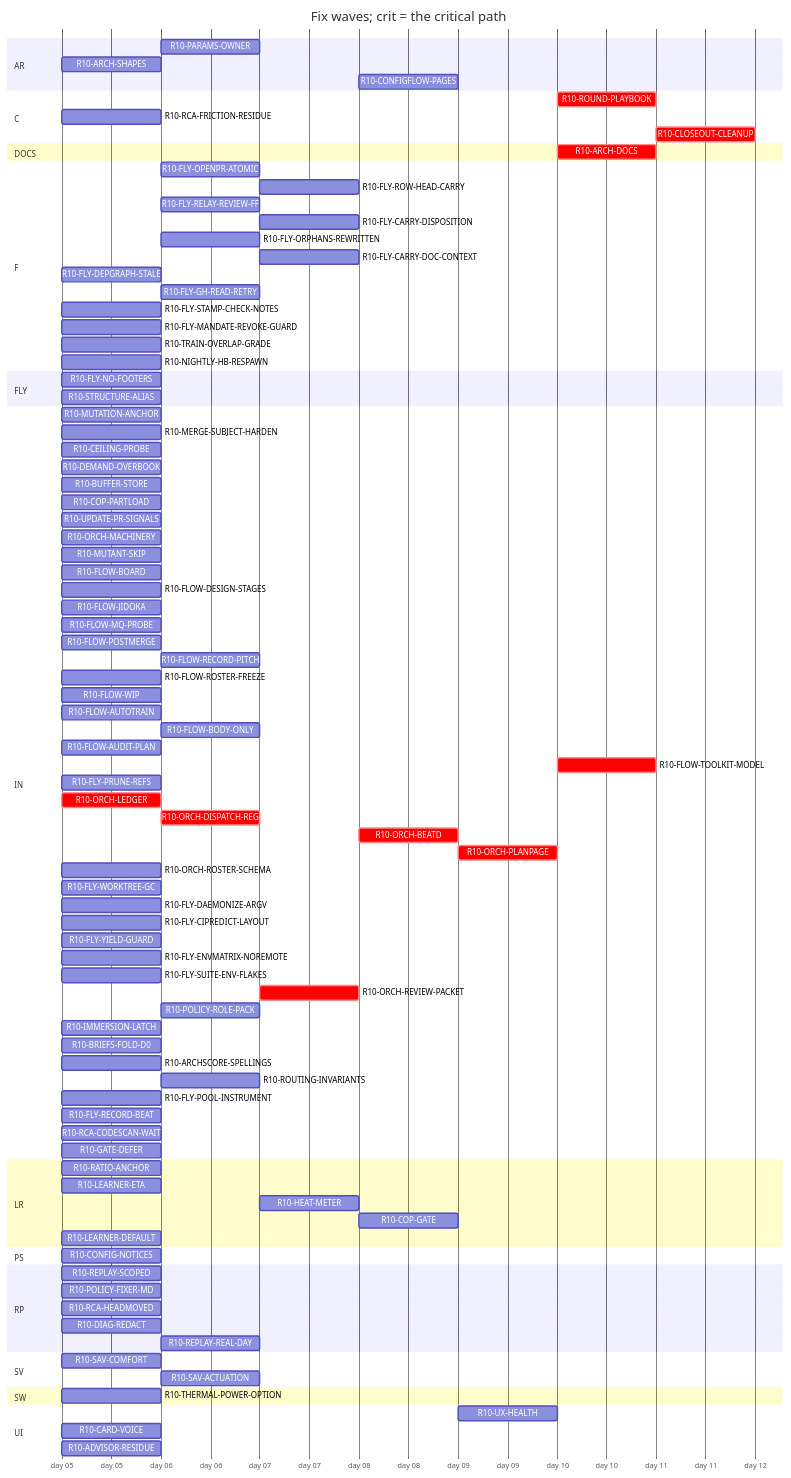
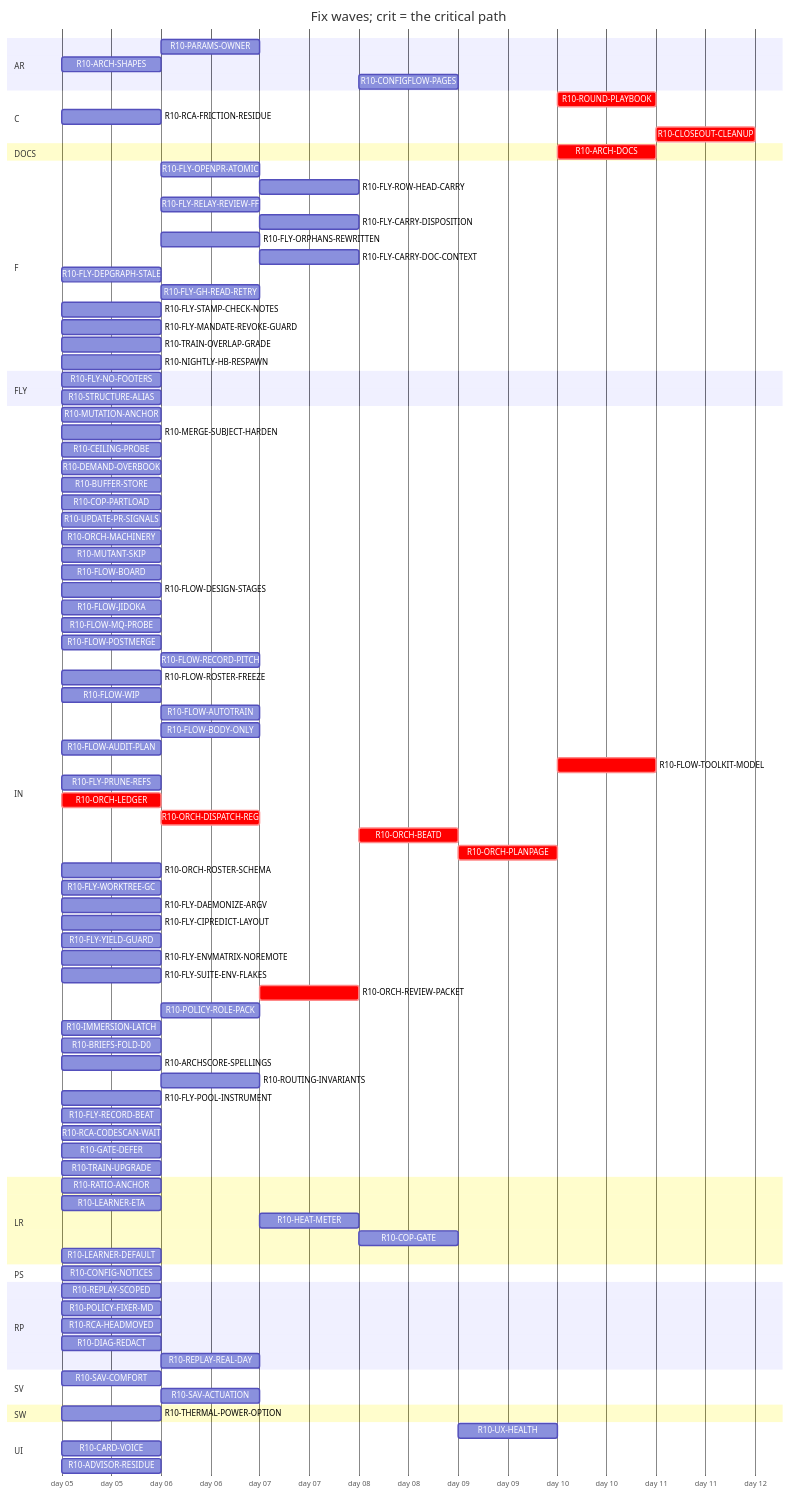
One commit to tvofi/heatpump_optimizer changed the diagram in handoff/round10/state/PLAN-TABLE.md. Above: the diagram before and after it, drawn with Mermaid. The commit also changed other lines of this file and 2 other files, not shown here.

```diff
--- a/handoff/round10/state/PLAN-TABLE.md
+++ b/handoff/round10/state/PLAN-TABLE.md
@@ -36,7 +36,7 @@
     R10-RCA-FRICTION-RESIDUE :r10RCAFRICTIONRESIDUE, 2026-01-05, 1d
     R10-CLOSEOUT-CLEANUP :crit, r10CLOSEOUTCLEANUP, after r10FLYPRUNEREFS r10FLYWORKTREEGC r10ARCHDOCS r10ROUNDPLAYBOOK, 1d
   section DOCS
-    R10-ARCH-DOCS :crit, r10ARCHDOCS, after r10RATIOANCHOR r10CONFIGNOTICES r10PARAMSOWNER r10ARCHSHAPES r10LEARNERETA r10HEATMETER r10COPGATE r10UXHEALTH r10CONFIGFLOWPAGES r10REPLAYSCOPED r10POLICYFIXERMD r10RCAHEADMOVED r10SAVCOMFORT r10MUTATIONANCHOR r10MERGESUBJECTHARDEN r10CEILINGPROBE r10DEMANDOVERBOOK r10BUFFERSTORE r10COPPARTLOAD r10UPDATEPRSIGNALS r10CARDVOICE r10THERMALPOWEROPTION r10LEARNERDEFAULT r10MUTANTSKIP r10FLOWBOARD r10FLOWDESIGNSTAGES r10FLOWJIDOKA r10FLOWMQPROBE r10FLOWPOSTMERGE r10FLOWRECORDPITCH r10FLOWROSTERFREEZE r10FLOWWIP r10FLOWAUTOTRAIN r10FLOWBODYONLY r10FLYOPENPRATOMIC r10FLYROWHEADCARRY r10FLOWAUDITPLAN r10FLYRELAYREVIEWFF r10FLYCARRYDISPOSITION r10FLYORPHANSREWRITTEN r10FLYCARRYDOCCONTEXT r10FLYDEPGRAPHSTALE r10FLOWTOOLKITMODEL r10FLYSTAMPCHECKNOTES r10FLYMANDATEREVOKEGUARD r10RCAFRICTIONRESIDUE r10TRAINOVERLAPGRADE r10NIGHTLYHBRESPAWN r10FLYPRUNEREFS r10ORCHLEDGER r10ORCHDISPATCHREG r10ORCHBEATD r10ORCHPLANPAGE r10ORCHROSTERSCHEMA r10FLYWORKTREEGC r10FLYDAEMONIZEARGV r10FLYCIPREDICTLAYOUT r10FLYYIELDGUARD r10FLYENVMATRIXNOREMOTE r10STRUCTUREALIAS r10ORCHREVIEWPACKET r10POLICYROLEPACK r10IMMERSIONLATCH r10DIAGREDACT r10ADVISORRESIDUE r10BRIEFSFOLDD0 r10REPLAYREALDAY r10ARCHSCORESPELLINGS r10ROUTINGINVARIANTS r10SAVACTUATION r10FLYPOOLINSTRUMENT r10FLYRECORDBEAT r10RCACODESCANWAIT r10GATEDEFER, 1d
+    R10-ARCH-DOCS :crit, r10ARCHDOCS, after r10RATIOANCHOR r10CONFIGNOTICES r10PARAMSOWNER r10ARCHSHAPES r10LEARNERETA r10HEATMETER r10COPGATE r10UXHEALTH r10CONFIGFLOWPAGES r10REPLAYSCOPED r10POLICYFIXERMD r10RCAHEADMOVED r10SAVCOMFORT r10MUTATIONANCHOR r10MERGESUBJECTHARDEN r10CEILINGPROBE r10DEMANDOVERBOOK r10BUFFERSTORE r10COPPARTLOAD r10UPDATEPRSIGNALS r10CARDVOICE r10THERMALPOWEROPTION r10LEARNERDEFAULT r10MUTANTSKIP r10FLOWBOARD r10FLOWDESIGNSTAGES r10FLOWJIDOKA r10FLOWMQPROBE r10FLOWPOSTMERGE r10FLOWRECORDPITCH r10FLOWROSTERFREEZE r10FLOWWIP r10FLOWAUTOTRAIN r10FLOWBODYONLY r10FLYOPENPRATOMIC r10FLYROWHEADCARRY r10FLOWAUDITPLAN r10FLYRELAYREVIEWFF r10FLYCARRYDISPOSITION r10FLYORPHANSREWRITTEN r10FLYCARRYDOCCONTEXT r10FLYDEPGRAPHSTALE r10FLOWTOOLKITMODEL r10FLYSTAMPCHECKNOTES r10FLYMANDATEREVOKEGUARD r10RCAFRICTIONRESIDUE r10TRAINOVERLAPGRADE r10NIGHTLYHBRESPAWN r10FLYPRUNEREFS r10ORCHLEDGER r10ORCHDISPATCHREG r10ORCHBEATD r10ORCHPLANPAGE r10ORCHROSTERSCHEMA r10FLYWORKTREEGC r10FLYDAEMONIZEARGV r10FLYCIPREDICTLAYOUT r10FLYYIELDGUARD r10FLYENVMATRIXNOREMOTE r10STRUCTUREALIAS r10ORCHREVIEWPACKET r10POLICYROLEPACK r10IMMERSIONLATCH r10DIAGREDACT r10ADVISORRESIDUE r10BRIEFSFOLDD0 r10REPLAYREALDAY r10ARCHSCORESPELLINGS r10ROUTINGINVARIANTS r10SAVACTUATION r10FLYPOOLINSTRUMENT r10FLYRECORDBEAT r10RCACODESCANWAIT r10GATEDEFER r10TRAINUPGRADE, 1d
   section F
     R10-FLY-OPENPR-ATOMIC :r10FLYOPENPRATOMIC, after r10UPDATEPRSIGNALS, 1d
     R10-FLY-ROW-HEAD-CARRY :r10FLYROWHEADCARRY, after r10FLYOPENPRATOMIC r10FLOWMQPROBE, 1d
@@ -71,7 +71,7 @@
     R10-FLOW-RECORD-PITCH :r10FLOWRECORDPITCH, after r10FLOWMQPROBE, 1d
     R10-FLOW-ROSTER-FREEZE :r10FLOWROSTERFREEZE, 2026-01-05, 1d
     R10-FLOW-WIP :r10FLOWWIP, 2026-01-05, 1d
-    R10-FLOW-AUTOTRAIN :r10FLOWAUTOTRAIN, 2026-01-05, 1d
+    R10-FLOW-AUTOTRAIN :r10FLOWAUTOTRAIN, after r10TRAINUPGRADE, 1d
     R10-FLOW-BODY-ONLY :r10FLOWBODYONLY, after r10UPDATEPRSIGNALS, 1d
     R10-FLOW-AUDIT-PLAN :r10FLOWAUDITPLAN, 2026-01-05, 1d
     R10-FLOW-TOOLKIT-MODEL :crit, r10FLOWTOOLKITMODEL, after r10ORCHPLANPAGE, 1d
@@ -97,6 +97,7 @@
     R10-FLY-RECORD-BEAT :r10FLYRECORDBEAT, 2026-01-05, 1d
     R10-RCA-CODESCAN-WAIT :r10RCACODESCANWAIT, 2026-01-05, 1d
     R10-GATE-DEFER :r10GATEDEFER, 2026-01-05, 1d
+    R10-TRAIN-UPGRADE :r10TRAINUPGRADE, 2026-01-05, 1d
   section LR
     R10-RATIO-ANCHOR :r10RATIOANCHOR, 2026-01-05, 1d
     R10-LEARNER-ETA :r10LEARNERETA, 2026-01-05, 1d
```
